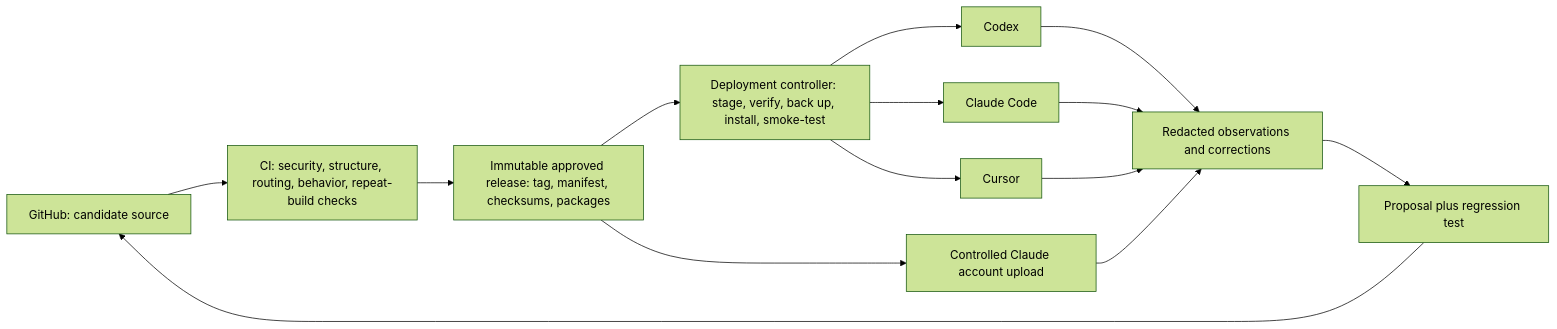
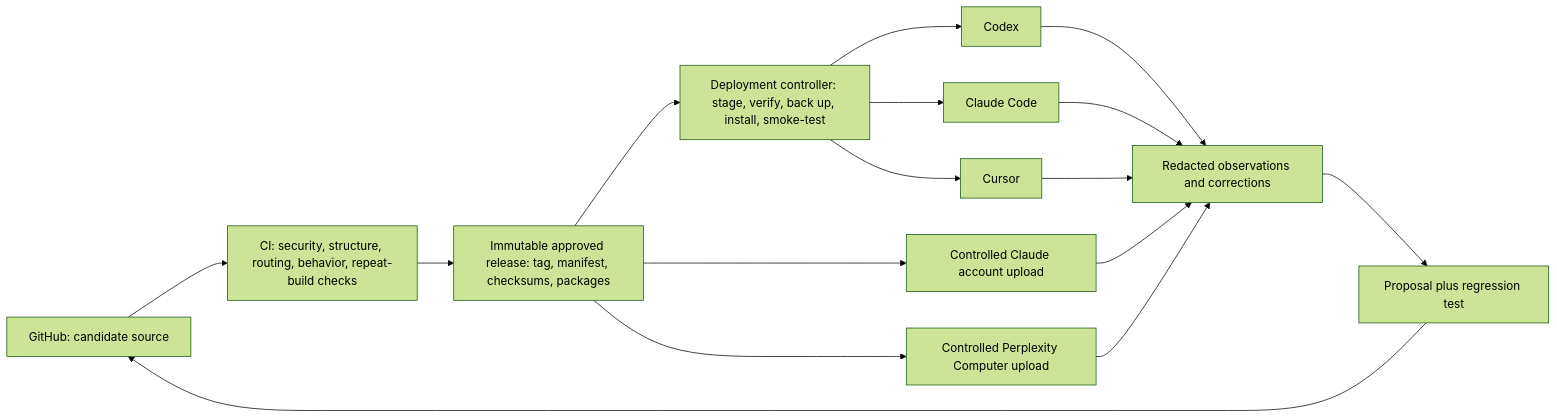
The diagram in architecture/CROSS_CLIENT_RELEASE_SYSTEM.md (krishanraja/ai-harness), drawn with Mermaid (forest theme) before and after one commit. The commit also changed other lines of this file and 1 other file, not shown here.

First line of the commit message:
docs(harness): record Perplexity deployment

````diff
--- a/architecture/CROSS_CLIENT_RELEASE_SYSTEM.md
+++ b/architecture/CROSS_CLIENT_RELEASE_SYSTEM.md
@@ -20,16 +20,18 @@
 ```mermaid
 flowchart LR
     S["GitHub: candidate source"] --> C["CI: security, structure, routing, behavior, repeat-build checks"]
     C --> R["Immutable approved release: tag, manifest, checksums, packages"]
     R --> D["Deployment controller: stage, verify, back up, install, smoke-test"]
     D --> X["Codex"]
     D --> Y["Claude Code"]
     D --> Z["Cursor"]
     R --> H["Controlled Claude account upload"]
+    R --> Q["Controlled Perplexity Computer upload"]
     X --> O["Redacted observations and corrections"]
     Y --> O
     Z --> O
     H --> O
+    Q --> O
     O --> P["Proposal plus regression test"]
     P --> S
 ```
````
